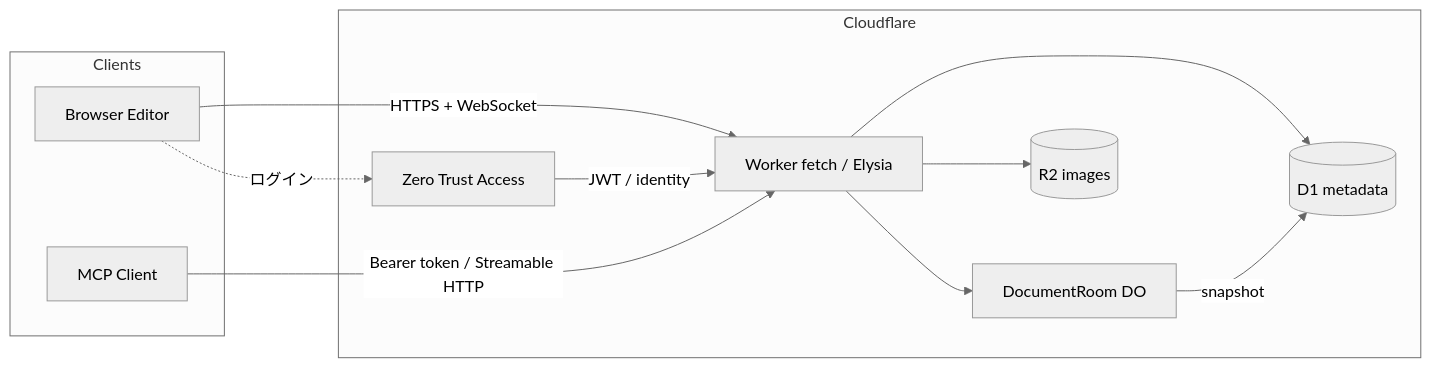
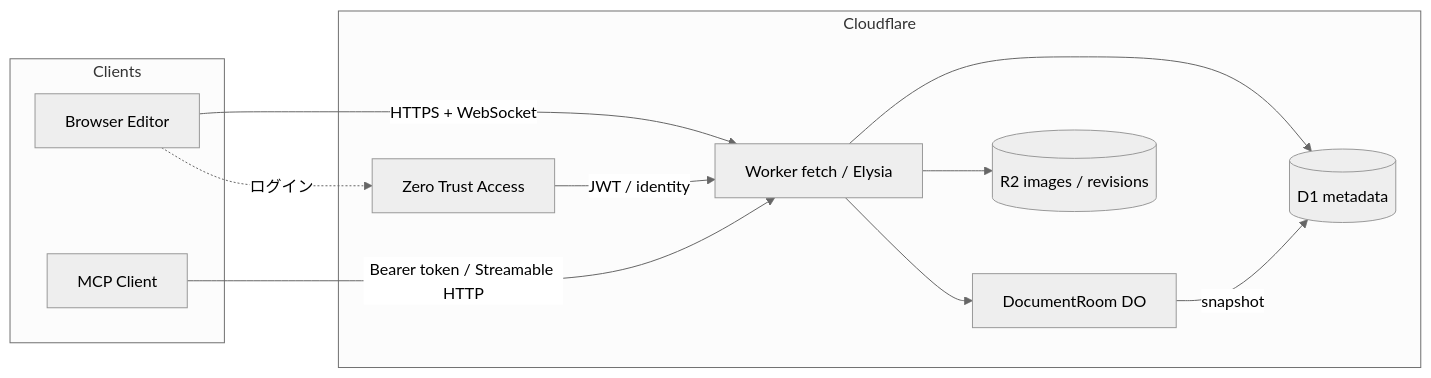
One commit to WakuwakuP/MiyulabMD changed the first of 3 diagrams in docs/design.md. Above: the diagram before and after it, drawn with Mermaid (neutral theme). The commit also changed other lines of this file and 64 other files, not shown here.

````diff
--- a/docs/design.md
+++ b/docs/design.md
@@ -39,24 +40,24 @@
 ```mermaid
 flowchart LR
   subgraph clients [Clients]
     Browser[Browser Editor]
     MCPClient[MCP Client]
   end
 
   subgraph cf [Cloudflare]
     Access[Zero Trust Access]
     Worker[Worker fetch / Elysia]
     DO[DocumentRoom DO]
     D1[(D1 metadata)]
-    R2[(R2 images)]
+    R2[(R2 images / revisions)]
   end
 
   Browser -->|HTTPS + WebSocket| Worker
   Browser -.->|ログイン| Access
   Access -->|JWT / identity| Worker
   MCPClient -->|Bearer token / Streamable HTTP| Worker
   Worker --> DO
   Worker --> D1
   Worker --> R2
   DO -->|snapshot| D1
 ```
````
